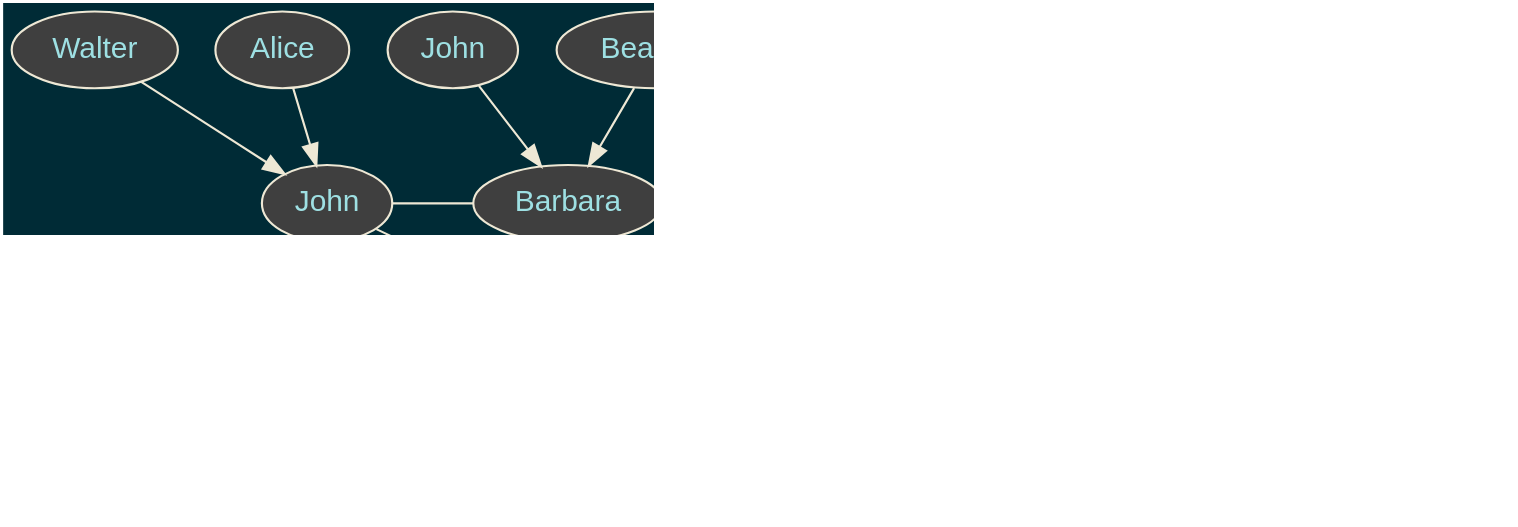
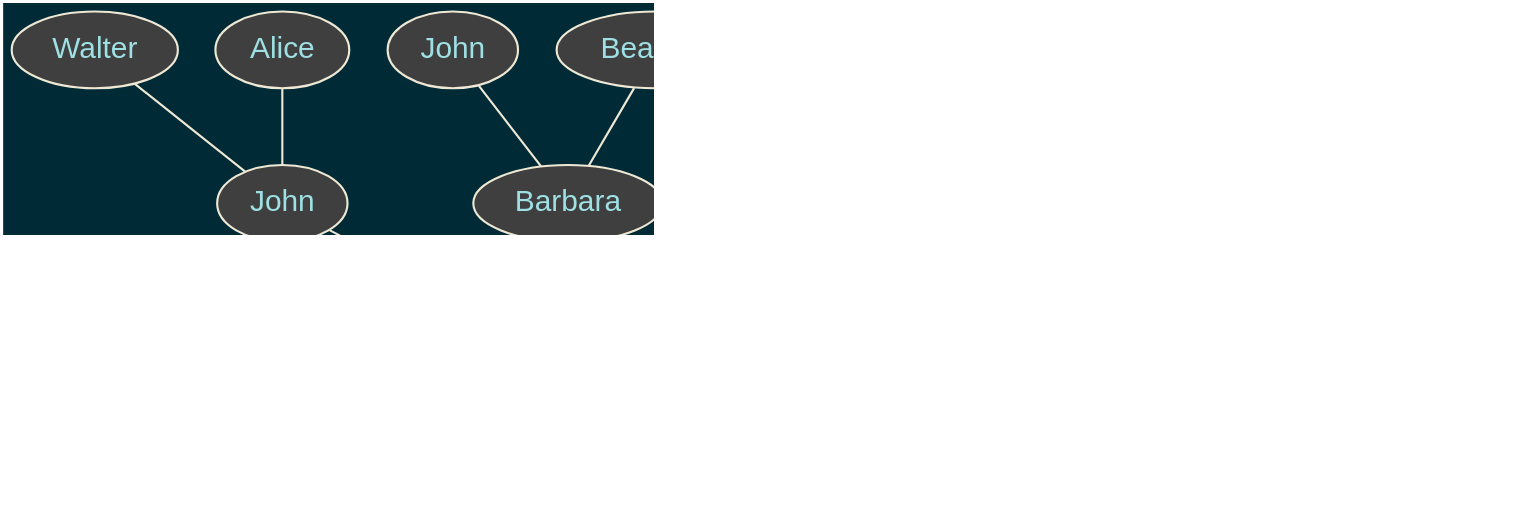
The first of 2 diagrams in courseware/week1/day1.org (nikclayton/web-courseware), drawn with Graphviz before and after one commit. The commit also changed other lines of this file, not shown here.

Commit message:
Reformat the family and directory trees.

```diff
--- a/courseware/week1/day1.org
+++ b/courseware/week1/day1.org
@@ -320,58 +320,57 @@
 #+BEGIN_SRC dot :file family-tree.png :cmdline -Tpng -Gstylesheet=../graphviz.css
-  digraph G {
-    graph [dpi=172 scale=2 bgcolor="#002b36"];// viewport="885 800"];
+  graph G {
+    graph [dpi=172 scale=2 bgcolor="#002b36"];
     node [style="filled" fontname="sans-serif" fontcolor="#9ee0e3" color="#eee8d5" fillcolor="#3f3f3f"];
     edge [color="#eee8d5"];
     subgraph ggp {
       rank = same;
       Walter;
       Alice;
 
       John;
       Beatrice;
 
       Arthur;
       Lillian;
 
       George;
       Lena;
     }
 
     subgraph gp {
       rank = same;
       JohnC [label=John]
       Barbara;
-      JohnC -> Barbara [dir=none];
 
-      Ralph -> Maude [dir=none];
+      Ralph;
+      Maude;
     }
 
     subgraph p {
       rank = same;
       Steve;
       Liz;
-      Steve -> Liz [dir=none];
     }
 
-    Walter -> JohnC;
-    Alice -> JohnC;
+    Walter -- JohnC;
+    Alice -- JohnC;
 
-    John -> Barbara;
-    Beatrice -> Barbara;
+    John -- Barbara;
+    Beatrice -- Barbara;
 
-    Arthur -> Ralph;
-    Lillian -> Ralph;
+    Arthur -- Ralph;
+    Lillian -- Ralph;
 
-    George -> Maude;
-    Lena -> Maude;
+    George -- Maude;
+    Lena -- Maude;
 
-    JohnC -> Steve;
-    Barbara -> Steve;
+    JohnC -- Steve;
+    Barbara -- Steve;
 
-    Ralph -> Liz;
-    Maude -> Liz;
+    Ralph -- Liz;
+    Maude -- Liz;
 
-    Steve -> Nik;
-    Liz -> Nik;
+    Steve -- Nik;
+    Liz -- Nik;
   }
 #+END_SRC
```
